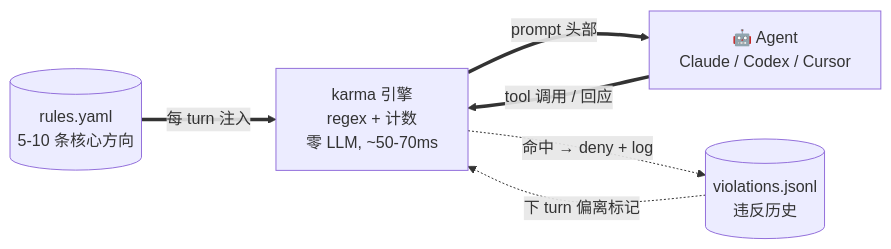
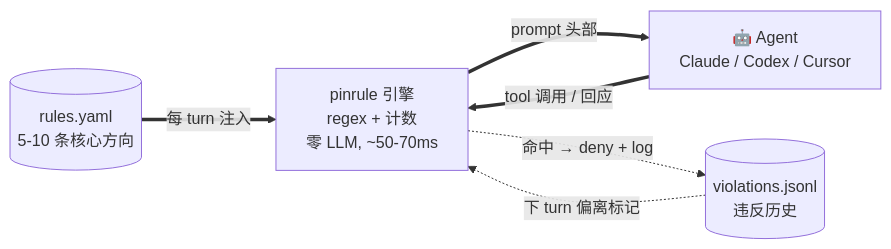
The first of 2 diagrams in README.zh.md (jhaizhou-ops/pinrule), drawn with Mermaid before and after one commit. The commit also changed other lines of this file and 207 other files, not shown here.

First line of the commit message:
feat(rename): karma → pinrule full rebrand (v0.16.0)

````diff
--- a/README.zh.md
+++ b/README.zh.md
@@ -229,13 +229,13 @@
 ```mermaid
 flowchart LR
     R[(rules.yaml<br/>5-10 条核心方向)]
-    K[karma 引擎<br/>regex + 计数<br/>零 LLM, ~50-70ms]
+    K[pinrule 引擎<br/>regex + 计数<br/>零 LLM, ~50-70ms]
     A[🤖 Agent<br/>Claude / Codex / Cursor]
     V[(violations.jsonl<br/>违反历史)]
 
     R ==>|每 turn 注入| K
     K ==>|prompt 头部| A
     A ==>|tool 调用 / 回应| K
     K -.->|命中 → deny + log| V
     V -.->|下 turn 偏离标记| K
 ```
````
